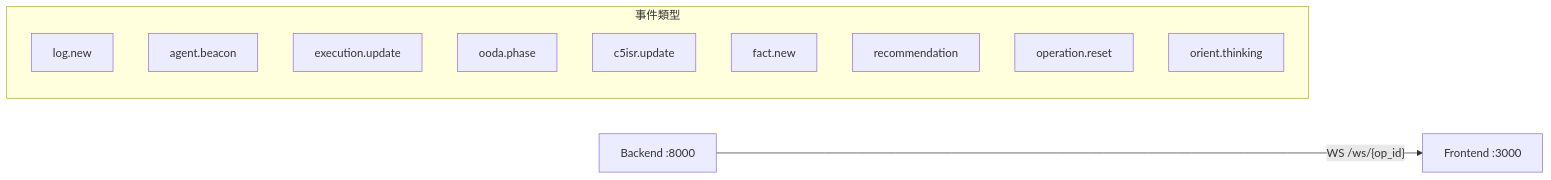
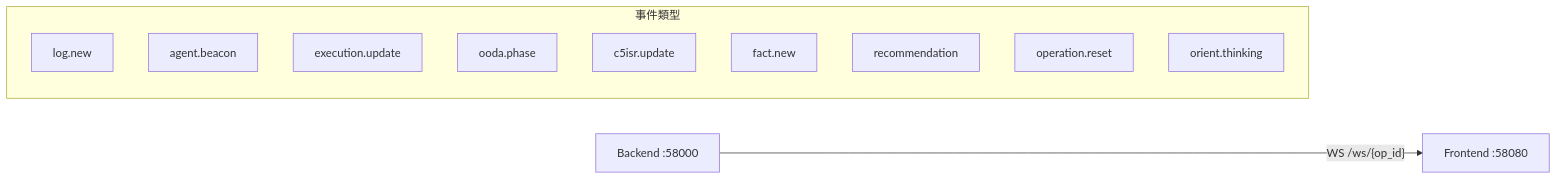
Before and after one commit to astroicers/Athena: the fourth of 5 diagrams in docs/architecture.md, drawn with Mermaid. The commit also changed other lines of this file and 21 other files, not shown here.

First line of the commit message:
docs: align documentation with actual architecture (SQLite→PG, SPEC statuses, SDS)

````diff
--- a/docs/architecture.md
+++ b/docs/architecture.md
@@ -193,16 +195,16 @@
 ```mermaid
 graph LR
-    BE["Backend :8000"] -->|"WS /ws/{op_id}"| FE["Frontend :3000"]
+    BE["Backend :58000"] -->|"WS /ws/{op_id}"| FE["Frontend :58080"]
 
     subgraph Events["事件類型"]
         E1["log.new"]
         E2["agent.beacon"]
         E3["execution.update"]
         E4["ooda.phase"]
         E5["c5isr.update"]
         E6["fact.new"]
         E7["recommendation"]
         E8["operation.reset"]
         E9["orient.thinking"]
     end
 ```
````
